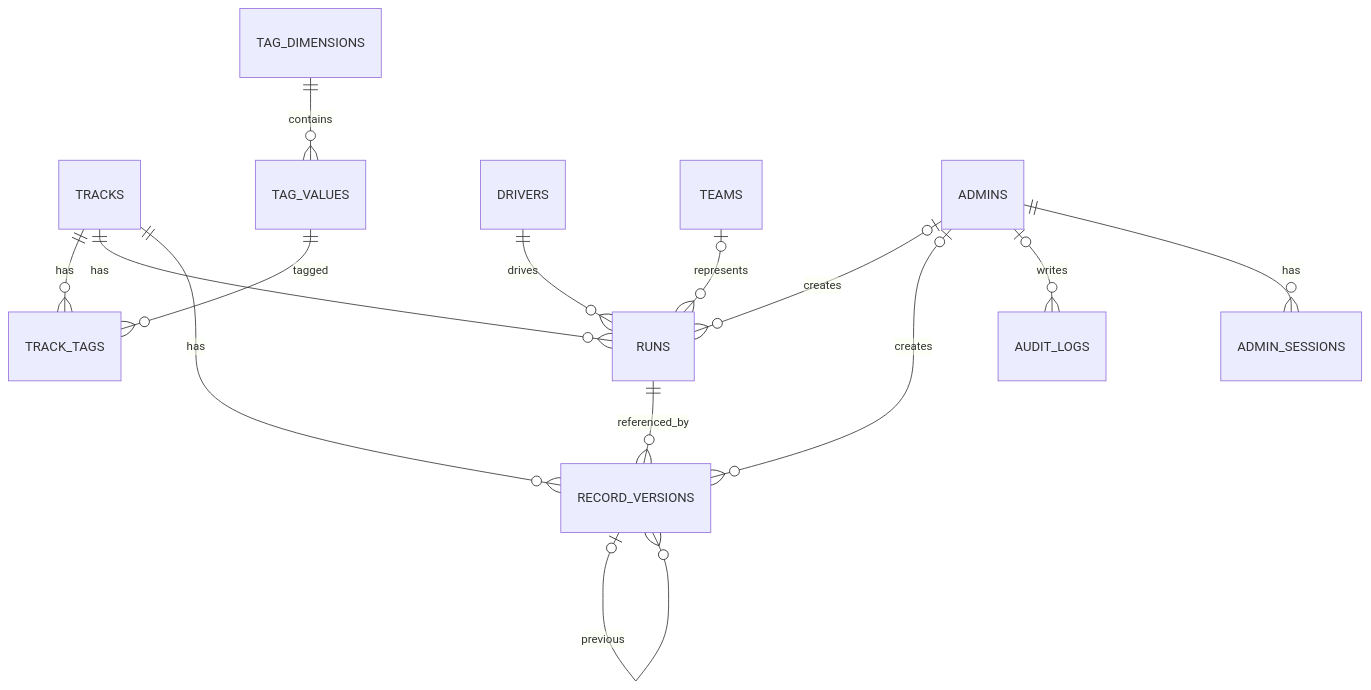
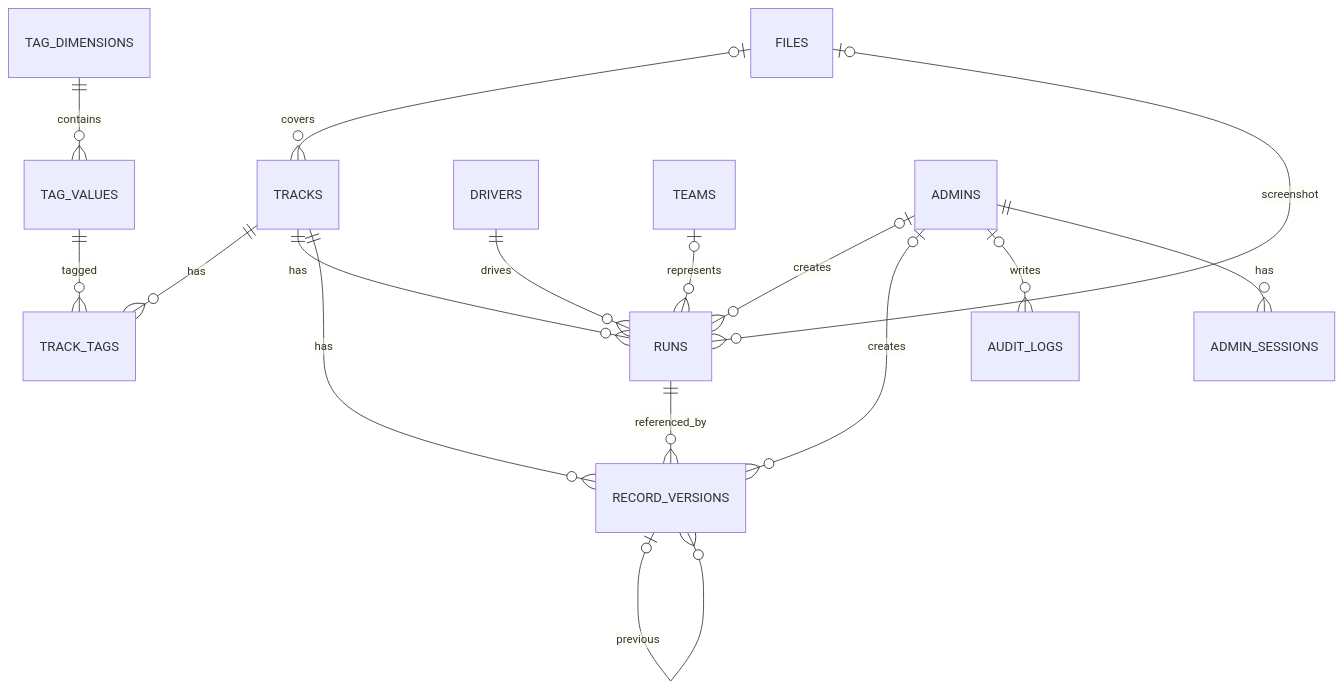
One commit to jieci0825/qqfeiche-rank changed the diagram in docs/数据模型.md. Above: the diagram before and after it, drawn with Mermaid. The commit also changed other lines of this file and 18 other files, not shown here.

````diff
--- a/docs/数据模型.md
+++ b/docs/数据模型.md
@@ -18,16 +19,18 @@
 ```mermaid
 erDiagram
+    FILES |o--o{ TRACKS : covers
+    FILES |o--o{ RUNS : screenshot
     TRACKS ||--o{ TRACK_TAGS : has
     TAG_VALUES ||--o{ TRACK_TAGS : tagged
     TAG_DIMENSIONS ||--o{ TAG_VALUES : contains
     TRACKS ||--o{ RUNS : has
     DRIVERS ||--o{ RUNS : drives
     TEAMS |o--o{ RUNS : represents
     TRACKS ||--o{ RECORD_VERSIONS : has
     RUNS ||--o{ RECORD_VERSIONS : referenced_by
     RECORD_VERSIONS |o--o{ RECORD_VERSIONS : previous
     ADMINS |o--o{ RUNS : creates
     ADMINS |o--o{ RECORD_VERSIONS : creates
     ADMINS |o--o{ AUDIT_LOGS : writes
     ADMINS ||--o{ ADMIN_SESSIONS : has
 ```
````
